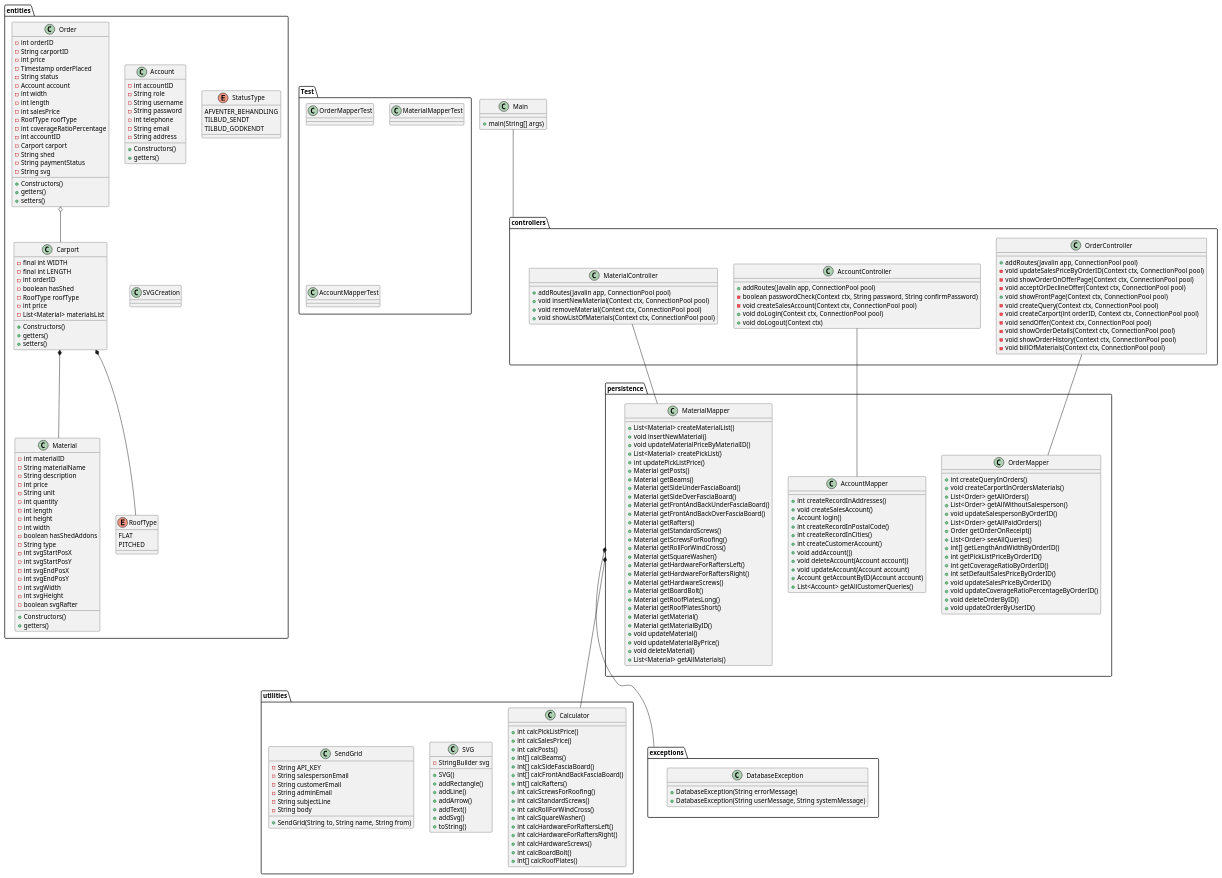
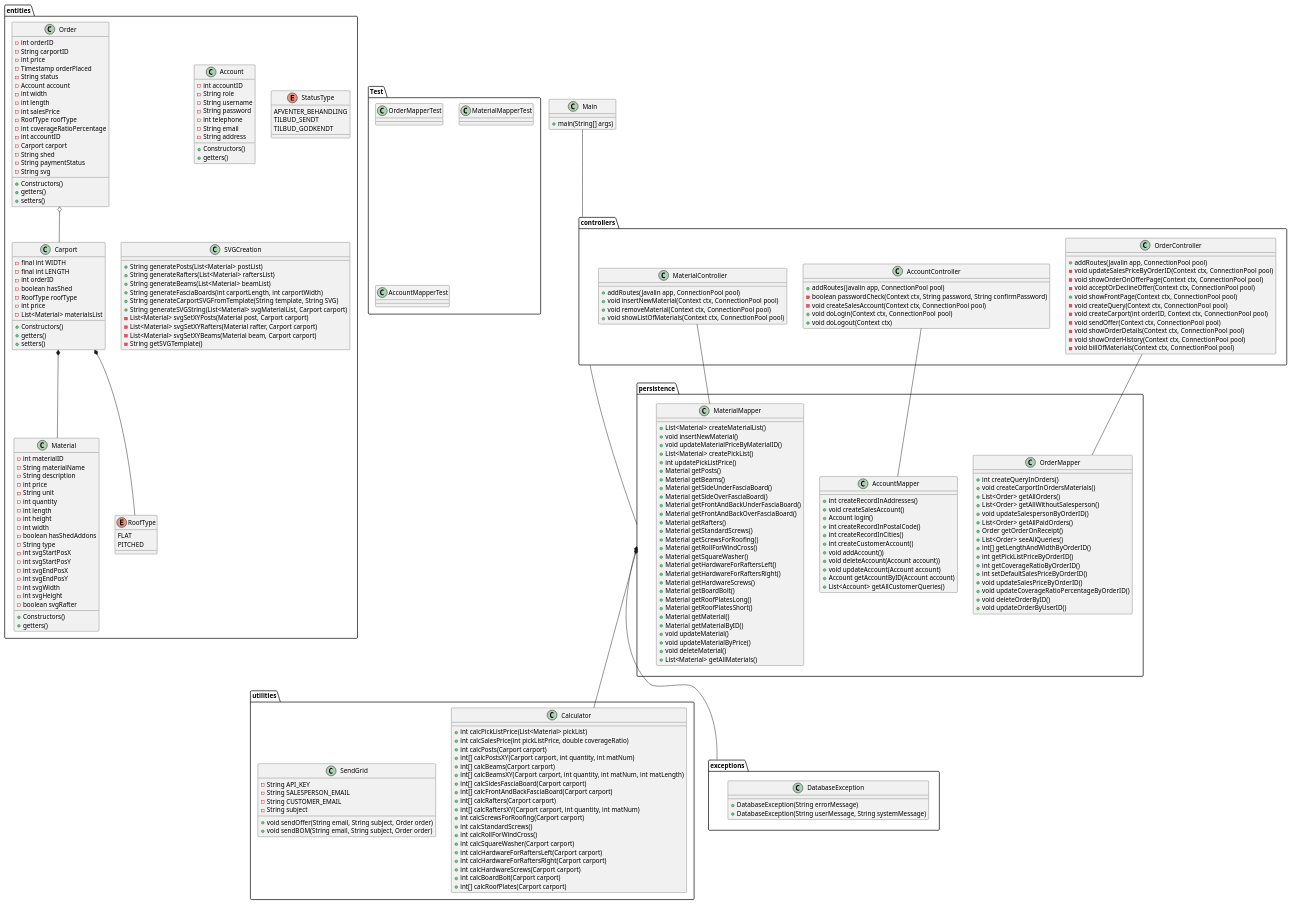
Before and after one commit to mridrisisci/fog-projekt: the diagram in docs/class diagrams/classDiagramV3.puml, drawn with PlantUML.

```diff
--- a/docs/class diagrams/classDiagramV3.puml
+++ b/docs/class diagrams/classDiagramV3.puml
@@ -9,45 +9,36 @@
 package utilities {
 
 class Calculator {
-+ int calcPickListPrice()
-+ int calcSalesPrice()
-+ int calcPosts()
-+ int[] calcBeams()
-+ int[] calcSideFasciaBoard()
-+ int[] calcFrontAndBackFasciaBoard()
-+ int[] calcRafters()
-+ int calcScrewsForRoofing()
++ int calcPickListPrice(List<Material> pickList)
++ int calcSalesPrice(int pickListPrice, double coverageRatio)
++ int calcPosts(Carport carport)
++ int[] calcPostsXY(Carport carport, int quantity, int matNum)
++ int[] calcBeams(Carport carport)
++ int[] calcBeamsXY(Carport carport, int quantity, int matNum, int matLength)
++ int[] calcSidesFasciaBoard(Carport carport)
++ int[] calcFrontAndBackFasciaBoard(Carport carport)
++ int[] calcRafters(Carport carport)
++ int[] calcRaftersXY(Carport carport, int quantity, int matNum)
++ int calcScrewsForRoofing(Carport carport)
 + int calcStandardScrews()
 + int calcRollForWindCross()
-+ int calcSquareWasher()
-+ int calcHardwareForRaftersLeft()
-+ int calcHardwareForRaftersRight()
-+ int calcHardwareScrews()
-+ int calcBoardBolt()
-+ int[] calcRoofPlates()
-
++ int calcSquareWasher(Carport carport)
++ int calcHardwareForRaftersLeft(Carport carport)
++ int calcHardwareForRaftersRight(Carport carport)
++ int calcHardwareScrews(Carport carport)
++ int calcBoardBolt(Carport carport)
++ int[] calcRoofPlates(Carport carport)
 
 }
-    class SVG {
-    - StringBuilder svg
-    + SVG()
-    + addRectangle()
-    + addLine()
-    + addArrow()
-    + addText()
-    + addSvg()
-    'Override
-    + toString()
-    }
     class SendGrid
     {
     - String API_KEY
-    - String salespersonEmail
-    - String customerEmail
-    - String adminEmail
-    - String subjectLine
-    - String body
-    + SendGrid(String to, String name, String from)
+    - String SALESPERSON_EMAIL
+    - String CUSTOMER_EMAIL
+    - String subject
+    + void sendOffer(String email, String subject, Order order)
+    + void sendBOM(String email, String subject, Order order)
+    
     }
 }
 
@@ -163,7 +154,17 @@
     }
 
     class SVGCreation{
-    
+    + String generatePosts(List<Material> postList)
+    + String generateRafters(List<Material> raftersList)
+    + String generateBeams(List<Material> beamList)
+    + String generateFasciaBoards(int carportLength, int carportWidth)
+    + String generateCarportSVGFromTemplate(String template, String SVG)
+    + String generateSVGString(List<Material> svgMaterialList, Carport carport)
+    - List<Material> svgSetXYPosts(Material post, Carport carport)
+    - List<Material> svgSetXYRafters(Material rafter, Carport carport)
+    - List<Material> svgSetXYBeams(Material beam, Carport carport)
+    - String getSVGTemplate()
+
     }
 
 }
@@ -255,9 +256,10 @@
 Main -- controllers
 
 OrderController -- OrderMapper
-
 MaterialController -- MaterialMapper
 AccountController -- AccountMapper
+
+persistence -- controllers
 
 Order o-- Carport
 Carport *-- Material
```
